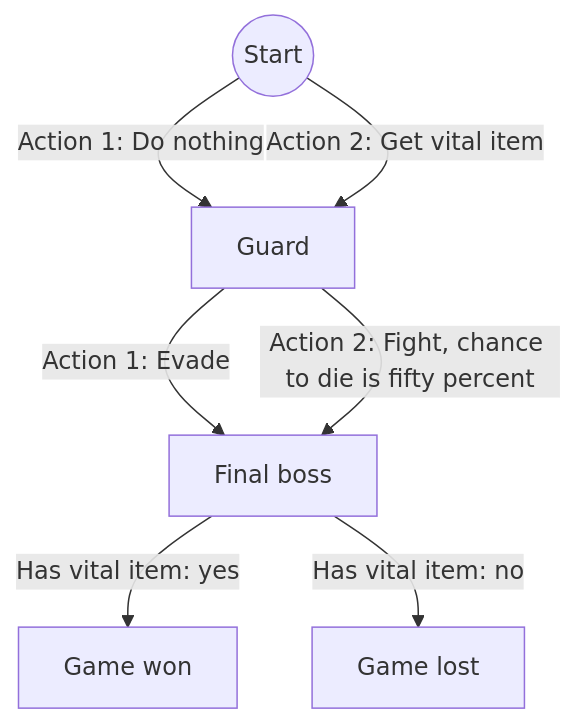
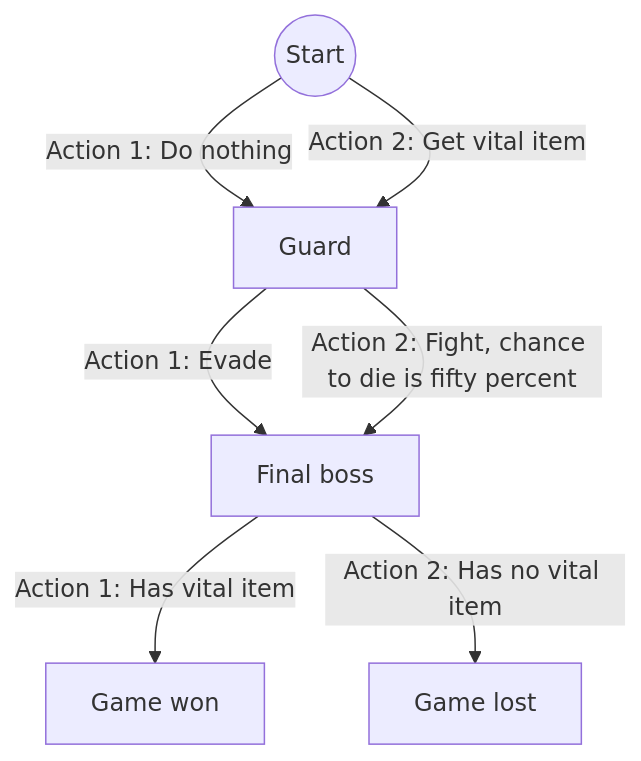
One commit to richelbilderbeek/mlpack_example_2 changed the diagram in README.md. Above: the diagram before and after it, drawn with Mermaid.

Commit message:
Simplify

````diff
--- a/README.md
+++ b/README.md
@@ -5,9 +5,9 @@
 ```mermaid
 graph TD;
     0((Start))-->|Action 1: Do nothing|100[Guard];
     0-->|Action 2: Get vital item|100;
     100-->|Action 1: Evade|200[Final boss];
     100-->|Action 2: Fight, chance to die is fifty percent|200;
-    200-->|Has vital item: yes|210[Game won];
-    200-->|Has vital item: no|220[Game lost];
+    200-->|Action 1: Has vital item|210[Game won];
+    200-->|Action 2: Has no vital item|220[Game lost];
 ```
````
